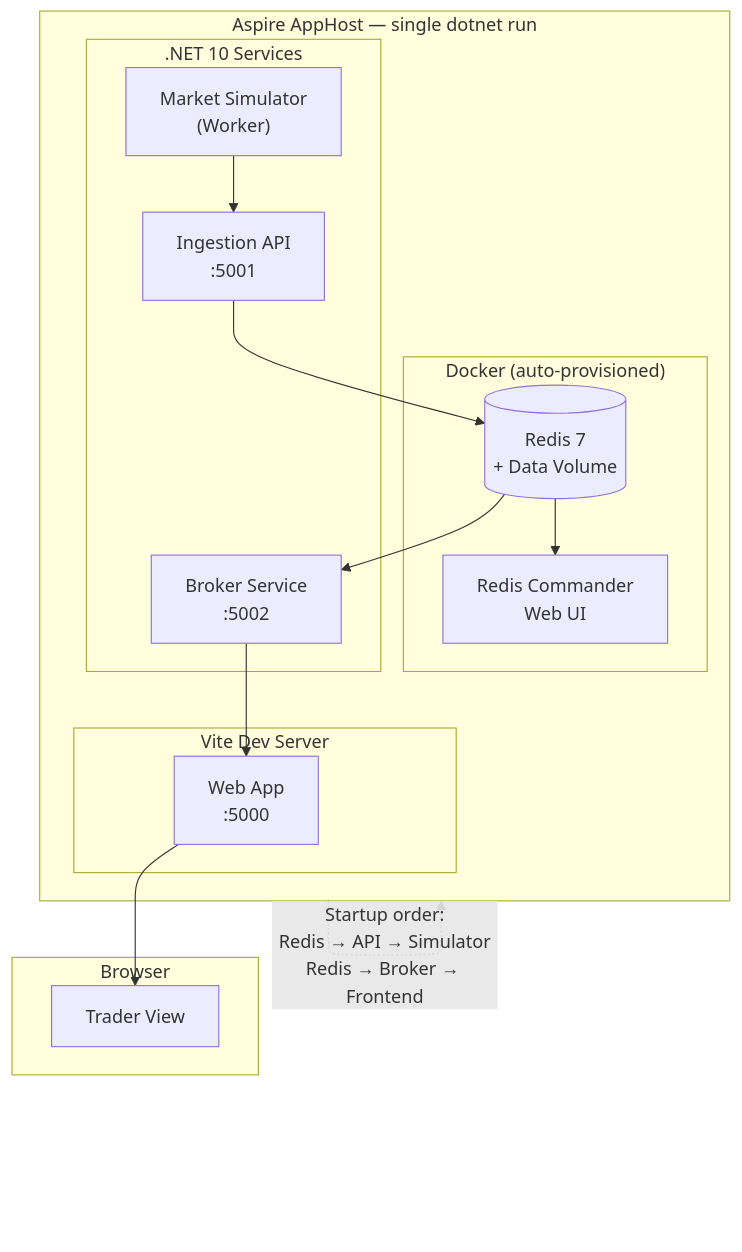
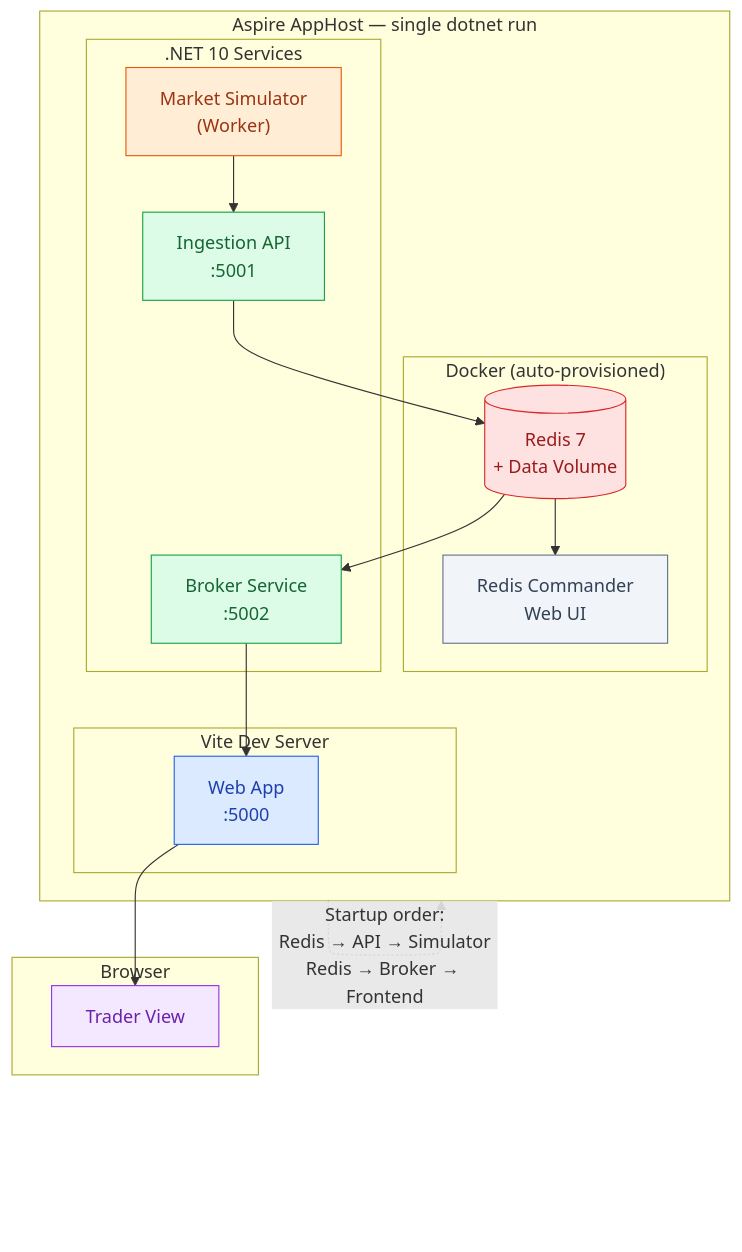
Before and after one commit to raj-champion-trader/rajchampaneriya.github.io: the ninth of 10 diagrams in hugo-site/content/projects/stock-market-simulator/index.md, drawn with Mermaid. The commit also changed other lines of this file and 5 other files, not shown here.

First line of the commit message:
Enhance Mermaid Diagrams with Semantic Color Classes and Dark Mode Support

````diff
--- a/hugo-site/content/projects/stock-market-simulator/index.md
+++ b/hugo-site/content/projects/stock-market-simulator/index.md
@@ -388,31 +426,38 @@
 ```mermaid
 flowchart TB
+    classDef primary fill:#dbeafe,stroke:#2563eb,color:#1e40af
+    classDef secondary fill:#dcfce7,stroke:#16a34a,color:#166534
+    classDef accent fill:#ffedd5,stroke:#ea580c,color:#9a3412
+    classDef danger fill:#fee2e2,stroke:#dc2626,color:#991b1b
+    classDef highlight fill:#f3e8ff,stroke:#9333ea,color:#6b21a8
+    classDef neutral fill:#f1f5f9,stroke:#64748b,color:#334155
+
     subgraph Aspire["Aspire AppHost — single dotnet run"]
         subgraph Docker["Docker (auto-provisioned)"]
-            Redis[("Redis 7<br/>+ Data Volume")]
-            Commander["Redis Commander<br/>Web UI"]
+            Redis[("Redis 7<br/>+ Data Volume")]:::danger
+            Commander["Redis Commander<br/>Web UI"]:::neutral
         end
         
         subgraph DotNet[".NET 10 Services"]
-            MarketSim["Market Simulator<br/>(Worker)"]
-            IngestionAPI["Ingestion API<br/>:5001"]
-            BrokerService["Broker Service<br/>:5002"]
+            MarketSim["Market Simulator<br/>(Worker)"]:::accent
+            IngestionAPI["Ingestion API<br/>:5001"]:::secondary
+            BrokerService["Broker Service<br/>:5002"]:::secondary
         end
         
         subgraph Vite["Vite Dev Server"]
-            WebApp["Web App<br/>:5000"]
+            WebApp["Web App<br/>:5000"]:::primary
         end
     end
 
     subgraph Browser["Browser"]
-        UserInterface["Trader View"]
+        UserInterface["Trader View"]:::highlight
     end
 
-    Aspire -.->|Startup order:<br/>Redis → API → Simulator<br/>Redis → Broker → Frontend| Aspire
+    Aspire -.->|"Startup order:<br/>Redis → API → Simulator<br/>Redis → Broker → Frontend"| Aspire
     MarketSim --> IngestionAPI
     IngestionAPI --> Redis
     Redis --> BrokerService
     BrokerService --> WebApp
     WebApp --> UserInterface
     Redis --> Commander
 ```
````
